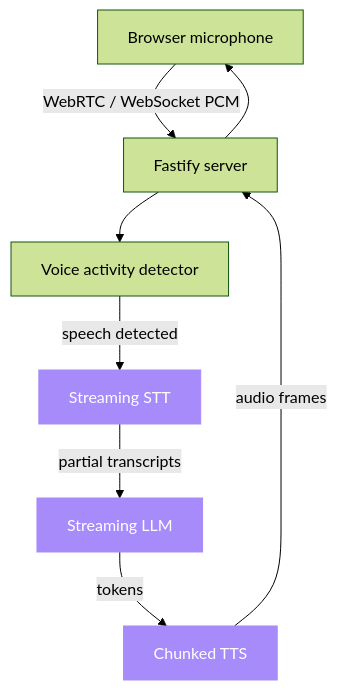
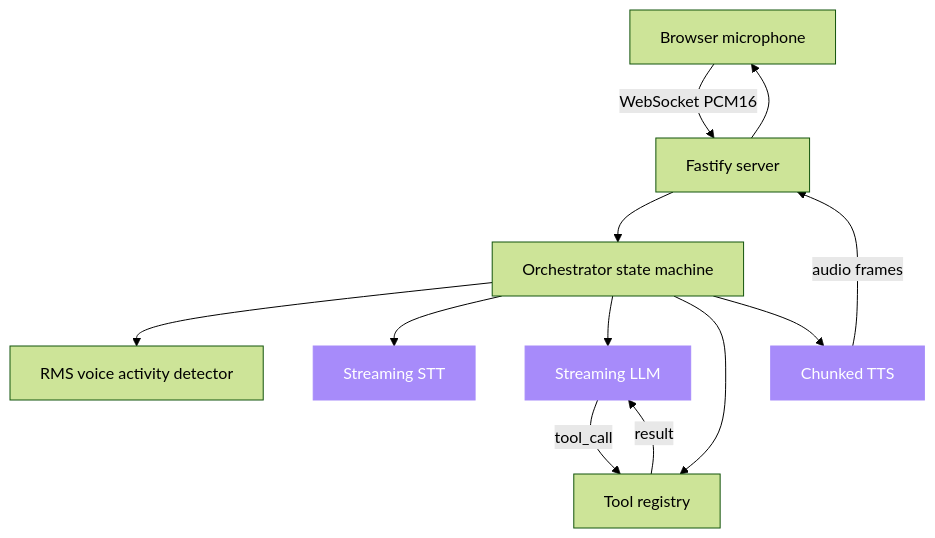
The diagram in README.md (sarmakska/voice-agent-starter), drawn with Mermaid (forest theme) before and after one commit. The commit also changed other lines of this file and 6 other files, not shown here.

First line of the commit message:
docs: rewrite README and add ARCHITECTURE, ROADMAP, CHANGELOG

````diff
--- a/README.md
+++ b/README.md
@@ -37,14 +27,18 @@
 ```mermaid
 graph TD
   Browser[Browser microphone]
-  Browser -->|WebRTC / WebSocket PCM| SRV[Fastify server]
-  SRV --> VAD[Voice activity detector]
-  VAD -->|speech detected| STT[Streaming STT]
-  STT -->|partial transcripts| LLM[Streaming LLM]
-  LLM -->|tokens| TTS[Chunked TTS]
+  Browser -->|WebSocket PCM16| SRV[Fastify server]
+  SRV --> ORC[Orchestrator state machine]
+  ORC --> VAD[RMS voice activity detector]
+  ORC --> STT[Streaming STT]
+  ORC --> LLM[Streaming LLM]
+  ORC --> TOOLS[Tool registry]
+  ORC --> TTS[Chunked TTS]
+  LLM -->|tool_call| TOOLS
+  TOOLS -->|result| LLM
   TTS -->|audio frames| SRV
   SRV --> Browser
 
   classDef ext fill:#a78bfa,stroke:#a78bfa,color:#fff
   class STT,LLM,TTS ext
 ```
````
